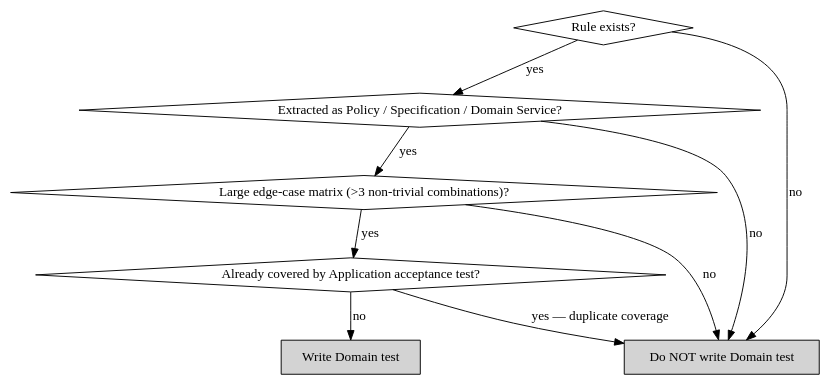
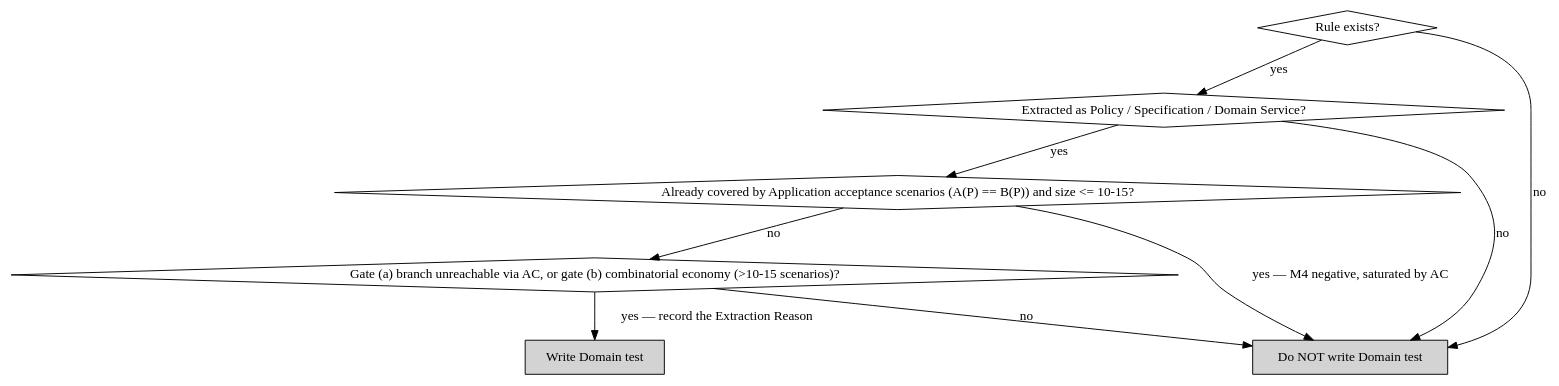
One commit to SebastienDegodez/skraft-plugin changed the second of 2 diagrams in plugins/skraft-framework/skills/clean-architecture-testing/references/doubles-decision-tree.md. Above: the diagram before and after it, drawn with Graphviz. The commit also changed other lines of this file and 43 other files, not shown here.

````diff
--- a/plugins/skraft-framework/skills/clean-architecture-testing/references/doubles-decision-tree.md
+++ b/plugins/skraft-framework/skills/clean-architecture-testing/references/doubles-decision-tree.md
@@ -67,19 +69,19 @@
 ```dot
 digraph domain_gate {
     "Rule exists?" [shape=diamond];
     "Extracted as Policy / Specification / Domain Service?" [shape=diamond];
-    "Large edge-case matrix (>3 non-trivial combinations)?" [shape=diamond];
-    "Already covered by Application acceptance test?" [shape=diamond];
+    "Already covered by Application acceptance scenarios (A(P) == B(P)) and size <= 10-15?" [shape=diamond];
+    "Gate (a) branch unreachable via AC, or gate (b) combinatorial economy (>10-15 scenarios)?" [shape=diamond];
     "Write Domain test" [shape=box, style=filled];
     "Do NOT write Domain test" [shape=box, style=filled];
 
     "Rule exists?" -> "Extracted as Policy / Specification / Domain Service?" [label="yes"];
     "Rule exists?" -> "Do NOT write Domain test" [label="no"];
-    "Extracted as Policy / Specification / Domain Service?" -> "Large edge-case matrix (>3 non-trivial combinations)?" [label="yes"];
+    "Extracted as Policy / Specification / Domain Service?" -> "Already covered by Application acceptance scenarios (A(P) == B(P)) and size <= 10-15?" [label="yes"];
     "Extracted as Policy / Specification / Domain Service?" -> "Do NOT write Domain test" [label="no"];
-    "Large edge-case matrix (>3 non-trivial combinations)?" -> "Already covered by Application acceptance test?" [label="yes"];
-    "Large edge-case matrix (>3 non-trivial combinations)?" -> "Do NOT write Domain test" [label="no"];
-    "Already covered by Application acceptance test?" -> "Do NOT write Domain test" [label="yes — duplicate coverage"];
-    "Already covered by Application acceptance test?" -> "Write Domain test" [label="no"];
+    "Already covered by Application acceptance scenarios (A(P) == B(P)) and size <= 10-15?" -> "Do NOT write Domain test" [label="yes — M4 negative, saturated by AC"];
+    "Already covered by Application acceptance scenarios (A(P) == B(P)) and size <= 10-15?" -> "Gate (a) branch unreachable via AC, or gate (b) combinatorial economy (>10-15 scenarios)?" [label="no"];
+    "Gate (a) branch unreachable via AC, or gate (b) combinatorial economy (>10-15 scenarios)?" -> "Write Domain test" [label="yes — record the Extraction Reason"];
+    "Gate (a) branch unreachable via AC, or gate (b) combinatorial economy (>10-15 scenarios)?" -> "Do NOT write Domain test" [label="no"];
 }
 ```
````
